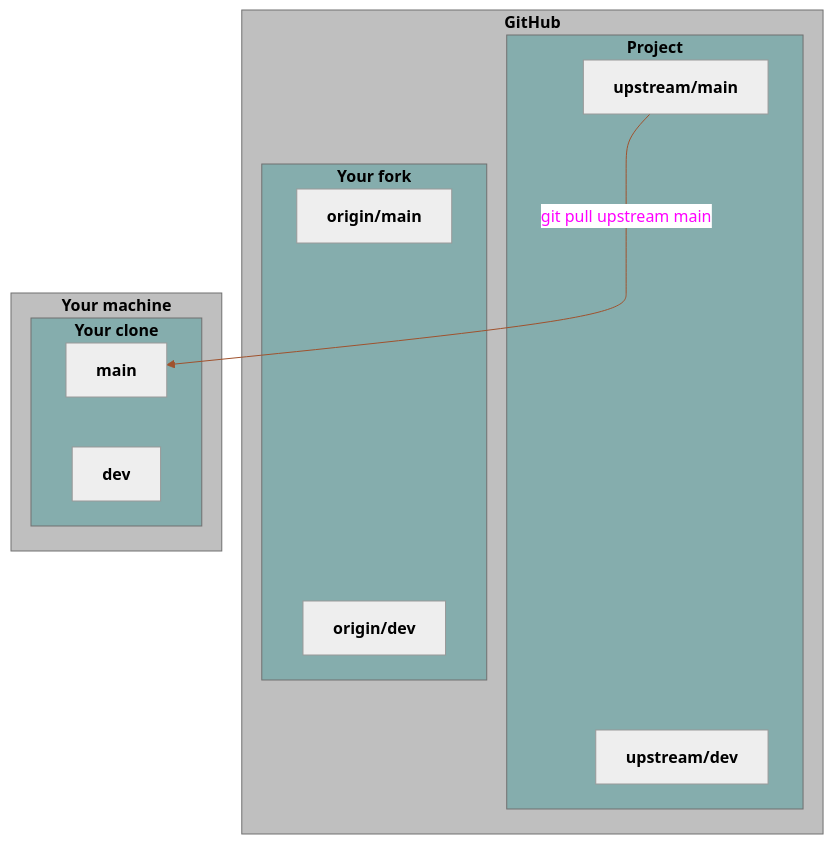
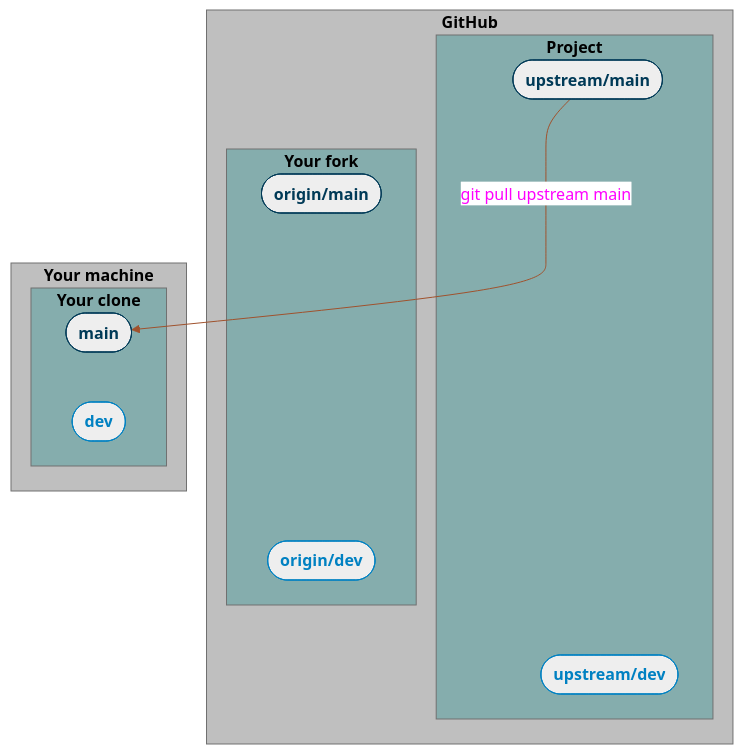
Before and after one commit to WestDRI/arc-training: diagram 11 of 12 in git/col_pr.qmd, drawn with Mermaid (neutral theme). The commit also changed other lines of this file, not shown here.

Commit message:
improve GitHub PR workflow mermaid diagrams

````diff
--- a/git/col_pr.qmd
+++ b/git/col_pr.qmd
@@ -554,45 +625,48 @@
 ```{mermaid}
 %%| echo: false
 flowchart TD
-  subgraph gh["<b>GitHub</b>"]
-    subgraph project["<b>Project</b>"]
-      upstream/main["<b>upstream/main</b>"]
-      upstream/dev["<b>upstream/dev</b>"]
+  subgraph gh["<b>GitHub</b>"];
+    subgraph project["<b>Project</b>"];
+      upstream/main(["<b>upstream/main</b>"]);
+      upstream/dev(["<b>upstream/dev</b>"]);
     end
-    subgraph fork["<b>Your fork</b>"]
-      origin/main["<b>origin/main</b>"]
-      origin/dev["<b>origin/dev</b>"]
+    subgraph fork["<b>Your fork</b>"];
+      origin/main(["<b>origin/main</b>"]);
+      origin/dev(["<b>origin/dev</b>"]);
     end
   end
-  subgraph local["<b>Your machine</b>"]
-    subgraph clone["<b>Your clone</b>"]
-      main["<b>main</b>"]
-      dev["<b>dev</b>"]
+  subgraph local["<b>Your machine</b>"];
+    subgraph clone["<b>Your clone</b>"];
+      main(["<b>main</b>"]);
+      dev(["<b>dev</b>"]);
     end
   end
 
+  classDef hidden display: none;
   classDef location fill:#bfbfbf, color:#000;
   class gh location;
   class local location;
   classDef repo fill:#85adad, color:#000;
   class project repo;
   class fork repo;
   class clone repo;
+  classDef branchmain color:#003a57, stroke:#003a57;
+  classDef branchdev color:#0081c2, stroke:#0081c2;
+  class upstream/main branchmain;
+  class upstream/dev branchdev;
+  class origin/main branchmain;
+  class origin/dev branchdev;
+  class main branchmain;
+  class dev branchdev;
 
   upstream/main ~~~  origin/main
   origin/main ~~~ main
   upstream/main -- git pull upstream main --> main
   main ~~~ origin/main
   main ~~~ dev
   dev ~~~ origin/dev
   origin/dev ~~~ upstream/dev
   upstream/dev ~~~ upstream/main
 
-  linkStyle 0 stroke:YellowGreen;
-  linkStyle 1 stroke:YellowGreen, color:magenta;
   linkStyle 2 stroke:sienna, color:magenta;
-  linkStyle 3 stroke:sienna, color:magenta;
-  linkStyle 4 stroke:goldenrod, color:magenta;
-  linkStyle 5 stroke:goldenrod, color:magenta;
-  linkStyle 6 stroke:goldenrod;
 ```
````
